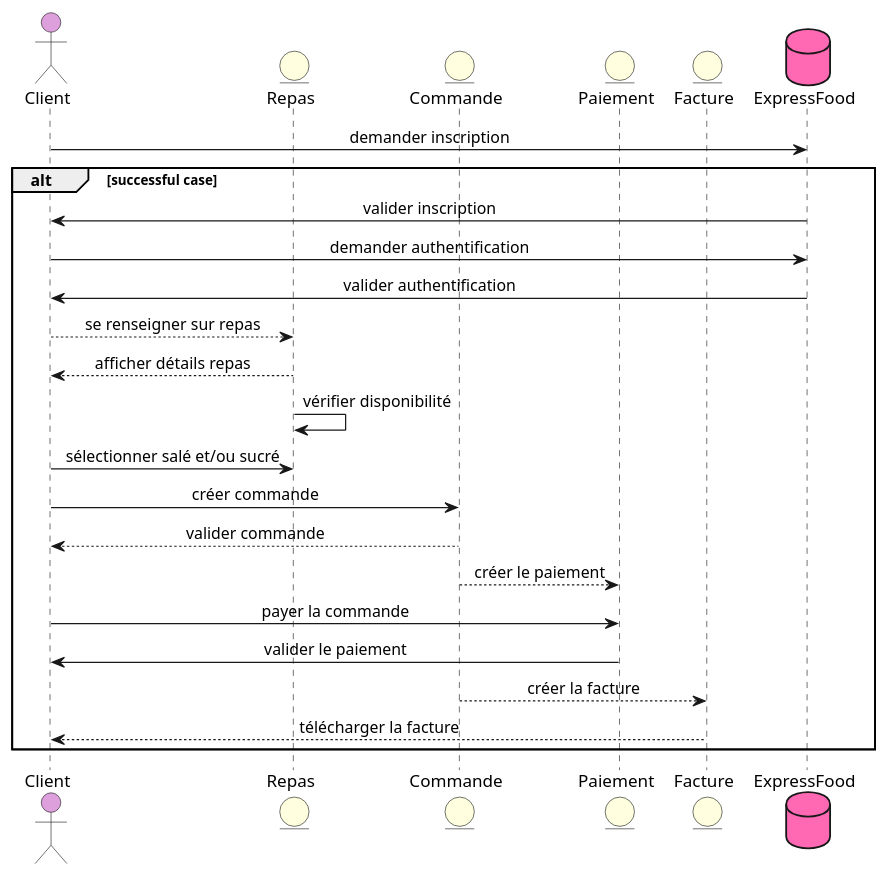
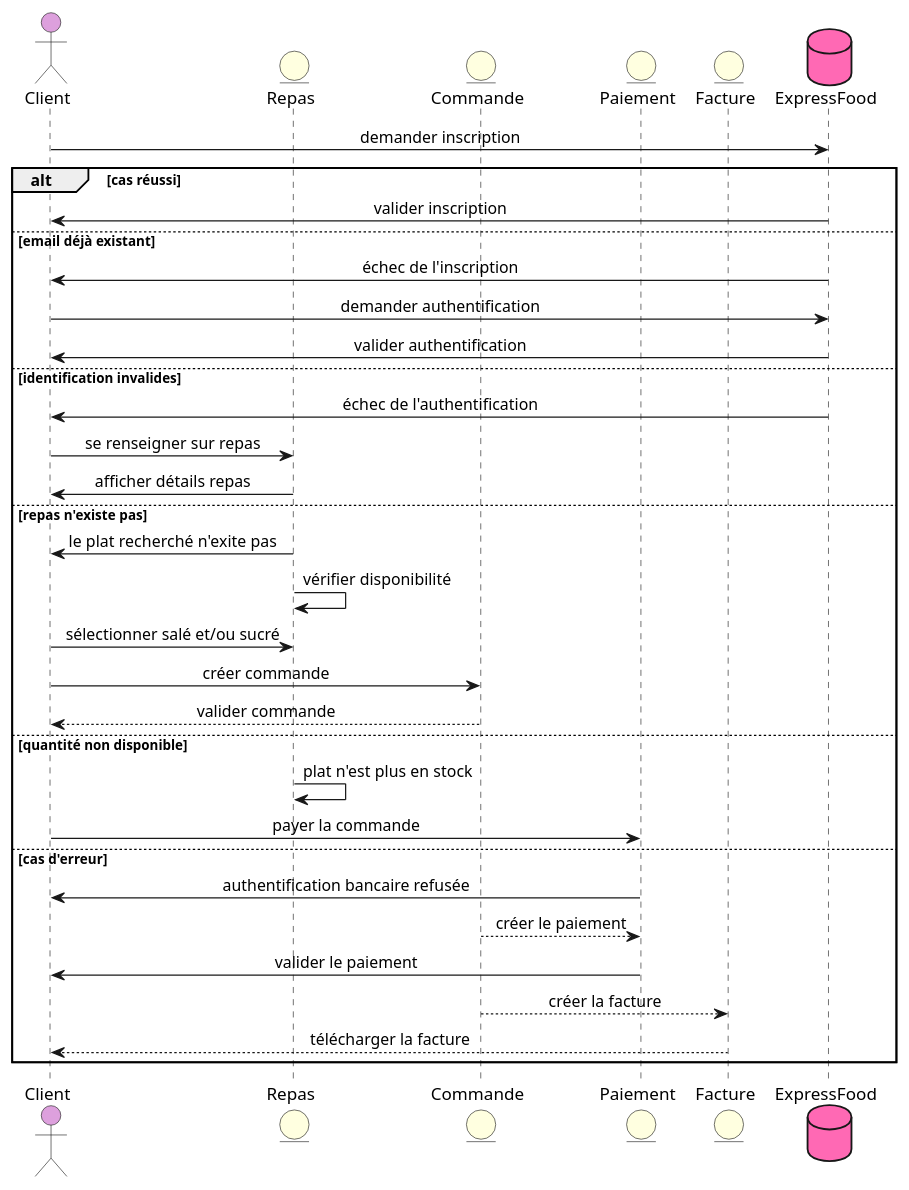
One commit to laurasullyalexandrine/expressfood changed the diagram in Sequence/ClientSequence.puml. Above: the diagram before and after it, drawn with PlantUML. The commit also changed 11 other files, not shown here.

```diff
--- a/Sequence/ClientSequence.puml
+++ b/Sequence/ClientSequence.puml
@@ -1,39 +1,50 @@
 @startuml ClientSequence
 
 skinparam responseMessageBelowArrow true
 skinparam SequenceMessageAlignment center
 
 actor Client as Client #Plum
 
 entity Repas as Repas #LightYellow
 entity Commande as Commande #LightYellow
 entity Paiement as Paiement #LightYellow
 entity Facture as Facture #LightYellow
 
 database ExpressFood as ExpressFood #HotPink
 
-
 Client -> ExpressFood: demander inscription
-alt successful case
-ExpressFood -> Client: valider inscription 
+alt cas réussi
+ExpressFood -> Client: valider inscription
+else email déjà existant 
+ExpressFood -> Client: échec de l'inscription
 
 Client  -> ExpressFood: demander authentification 
 ExpressFood -> Client: valider authentification 
+else identification invalides
+ExpressFood -> Client: échec de l'authentification
 
-Client  --> Repas: se renseigner sur repas
-Repas  --> Client: afficher détails repas
+Client  -> Repas: se renseigner sur repas
+Repas  -> Client: afficher détails repas
+else repas n'existe pas 
+Repas  -> Client: le plat recherché n'exite pas
+
 Repas -> Repas: vérifier disponibilité
+
 Client -> Repas: sélectionner salé et/ou sucré
-
 Client -> Commande: créer commande
 Commande --> Client: valider commande
+else quantité non disponible 
+Repas -> Repas: plat n'est plus en stock
+
+Client -> Paiement: payer la commande
+else cas d'erreur
+Paiement -> Client: authentification bancaire refusée
 
 Commande --> Paiement: créer le paiement
-Client -> Paiement: payer la commande
 Paiement -> Client: valider le paiement
 
 Commande --> Facture: créer la facture
 Facture --> Client: télécharger la facture
 
 end
 @enduml
```
